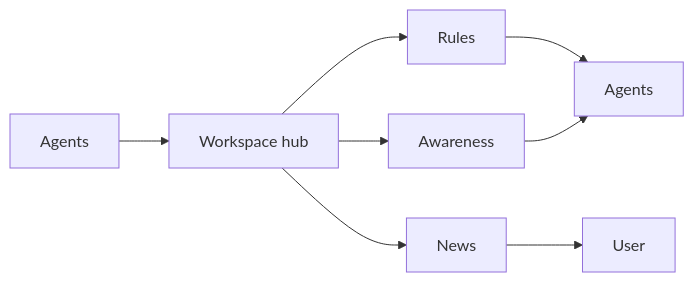
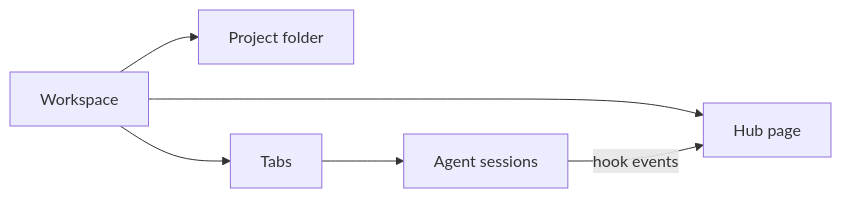
One commit to daniil4545/tarn changed the diagram in docs/roadmap.md. Above: the diagram before and after it, drawn with Mermaid. The commit also changed other lines of this file, not shown here.

First line of the commit message:
docs(roadmap): compact 2.0 roadmap with vision, principles and milestone issues

````diff
--- a/docs/roadmap.md
+++ b/docs/roadmap.md
@@ -55,10 +37,8 @@
 ```mermaid
 flowchart LR
-  ag["Agents"] --> hq["Workspace hub"]
-  hq --> rules["Rules"]
-  hq --> aware["Awareness"]
-  hq --> news["News"]
-  rules --> ag2["Agents"]
-  aware --> ag2
-  news --> you["User"]
+  ws["Workspace"] --> folder["Project folder"]
+  ws --> tabs["Tabs"]
+  tabs --> ses["Agent sessions"]
+  ws --> hub["Hub page"]
+  ses -->|"hook events"| hub
 ```
````
